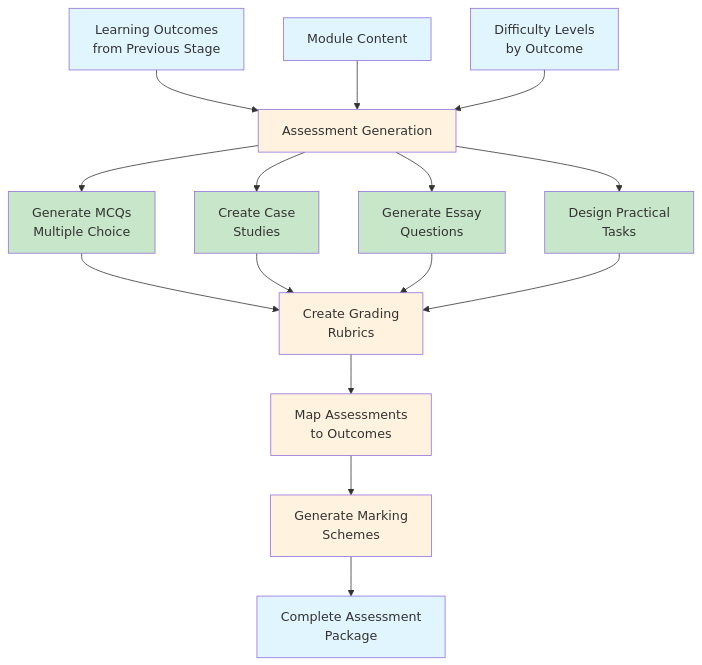
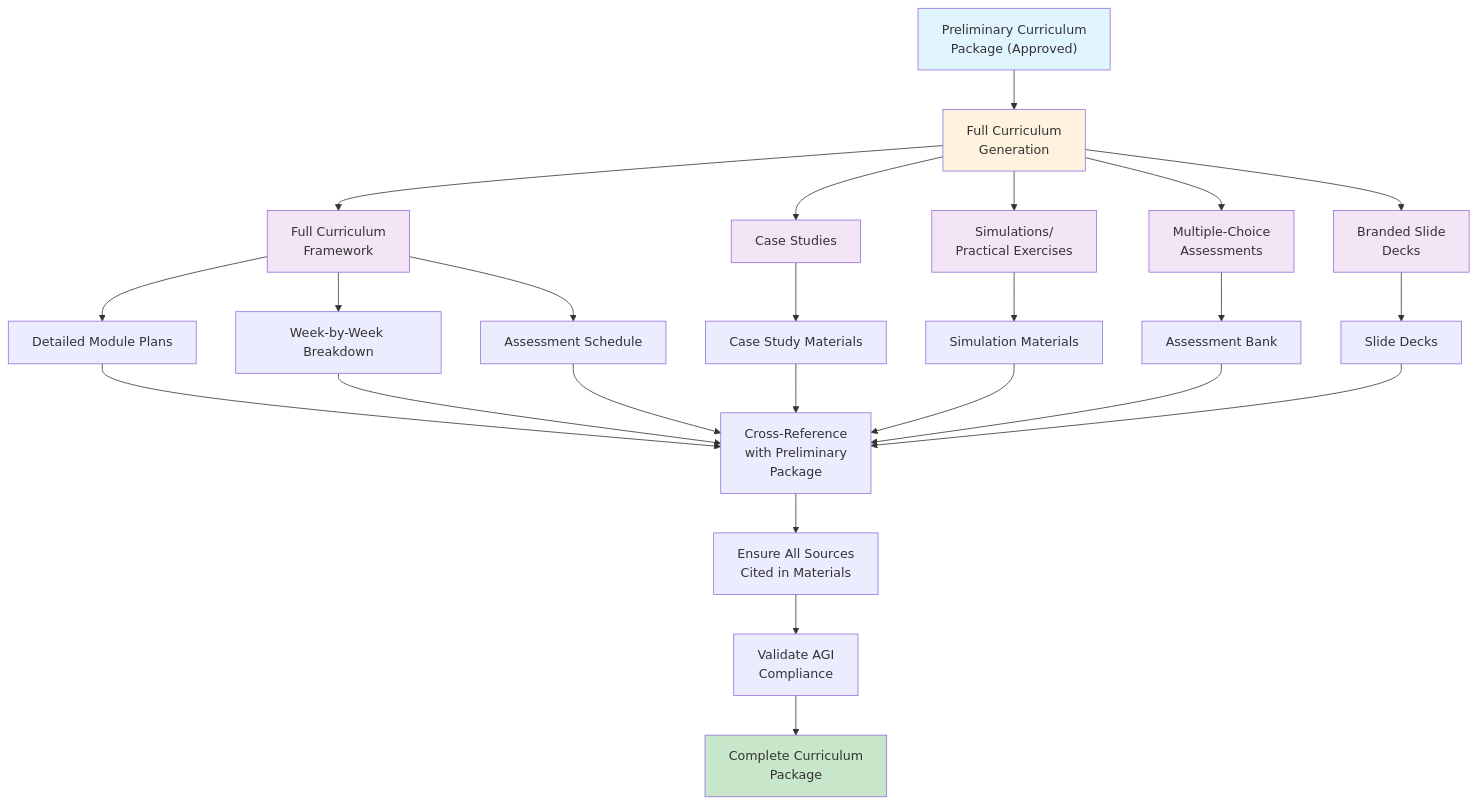
One commit to viditkbhatnagar/CurriculumGenerator changed the fifth of 23 diagrams in WORKFLOW_DOCUMENT.md. Above: the diagram before and after it, drawn with Mermaid. The commit also changed other lines of this file and 21 other files, not shown here.

````diff
--- a/WORKFLOW_DOCUMENT.md
+++ b/WORKFLOW_DOCUMENT.md
@@ -384,38 +417,40 @@
 ```mermaid
 graph TB
-    LO["Learning Outcomes<br/>from Previous Stage"]
-    Content["Module Content"]
-    Difficulty["Difficulty Levels<br/>by Outcome"]
+    Prelim["Preliminary Curriculum<br/>Package (Approved)"] --> Generate["Full Curriculum<br/>Generation"]
 
-    LO --> Assessment["Assessment Generation"]
-    Content --> Assessment
-    Difficulty --> Assessment
+    Generate --> Framework["Full Curriculum<br/>Framework"]
+    Generate --> Cases["Case Studies"]
+    Generate --> Sims["Simulations/<br/>Practical Exercises"]
+    Generate --> MCQs["Multiple-Choice<br/>Assessments"]
+    Generate --> Slides["Branded Slide<br/>Decks"]
 
-    Assessment --> MCQ["Generate MCQs<br/>Multiple Choice"]
-    Assessment --> CS["Create Case<br/>Studies"]
-    Assessment --> Essay["Generate Essay<br/>Questions"]
-    Assessment --> Practical["Design Practical<br/>Tasks"]
+    Framework --> Details1["Detailed Module Plans"]
+    Framework --> Details2["Week-by-Week Breakdown"]
+    Framework --> Details3["Assessment Schedule"]
 
-    MCQ --> Rubric["Create Grading<br/>Rubrics"]
-    CS --> Rubric
-    Essay --> Rubric
-    Practical --> Rubric
+    Cases --> CaseDetails["Case Study Materials"]
+    Sims --> SimDetails["Simulation Materials"]
+    MCQs --> MCQDetails["Assessment Bank"]
+    Slides --> SlideDetails["Slide Decks"]
 
-    Rubric --> Mapping["Map Assessments<br/>to Outcomes"]
-    Mapping --> Schemes["Generate Marking<br/>Schemes"]
+    Details1 --> Cross["Cross-Reference<br/>with Preliminary<br/>Package"]
+    Details2 --> Cross
+    Details3 --> Cross
+    CaseDetails --> Cross
+    SimDetails --> Cross
+    MCQDetails --> Cross
+    SlideDetails --> Cross
 
-    Schemes --> Package["Complete Assessment<br/>Package"]
+    Cross --> Cite["Ensure All Sources<br/>Cited in Materials"]
+    Cite --> Validate["Validate AGI<br/>Compliance"]
+    Validate --> Complete["Complete Curriculum<br/>Package"]
 
-    style LO fill:#e1f5ff
-    style Content fill:#e1f5ff
-    style Difficulty fill:#e1f5ff
-    style Assessment fill:#fff3e0
-    style MCQ fill:#c8e6c9
-    style CS fill:#c8e6c9
-    style Essay fill:#c8e6c9
-    style Practical fill:#c8e6c9
-    style Rubric fill:#fff3e0
-    style Mapping fill:#fff3e0
-    style Schemes fill:#fff3e0
-    style Package fill:#e1f5ff
+    style Prelim fill:#e1f5ff
+    style Generate fill:#fff3e0
+    style Framework fill:#f3e5f5
+    style Cases fill:#f3e5f5
+    style Sims fill:#f3e5f5
+    style MCQs fill:#f3e5f5
+    style Slides fill:#f3e5f5
+    style Complete fill:#c8e6c9
 ```
````
